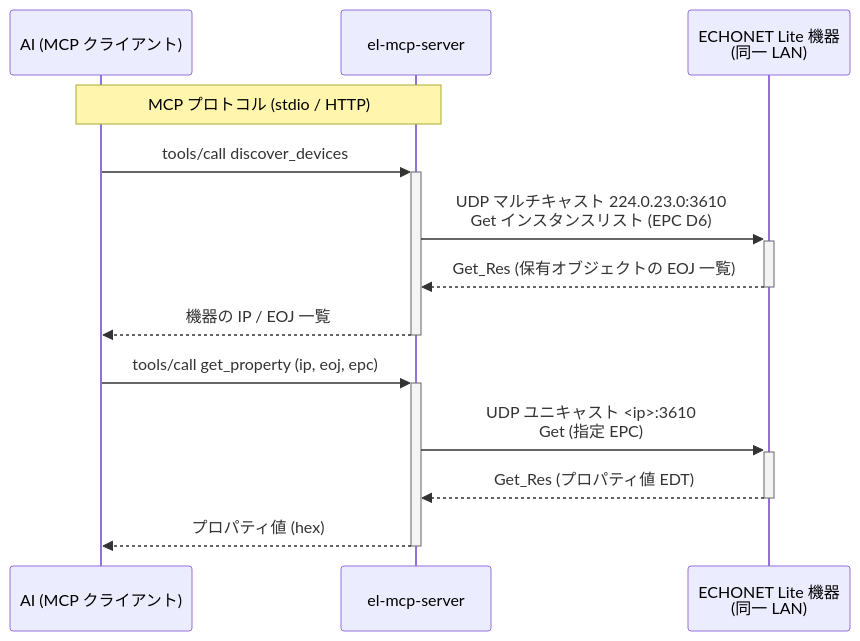
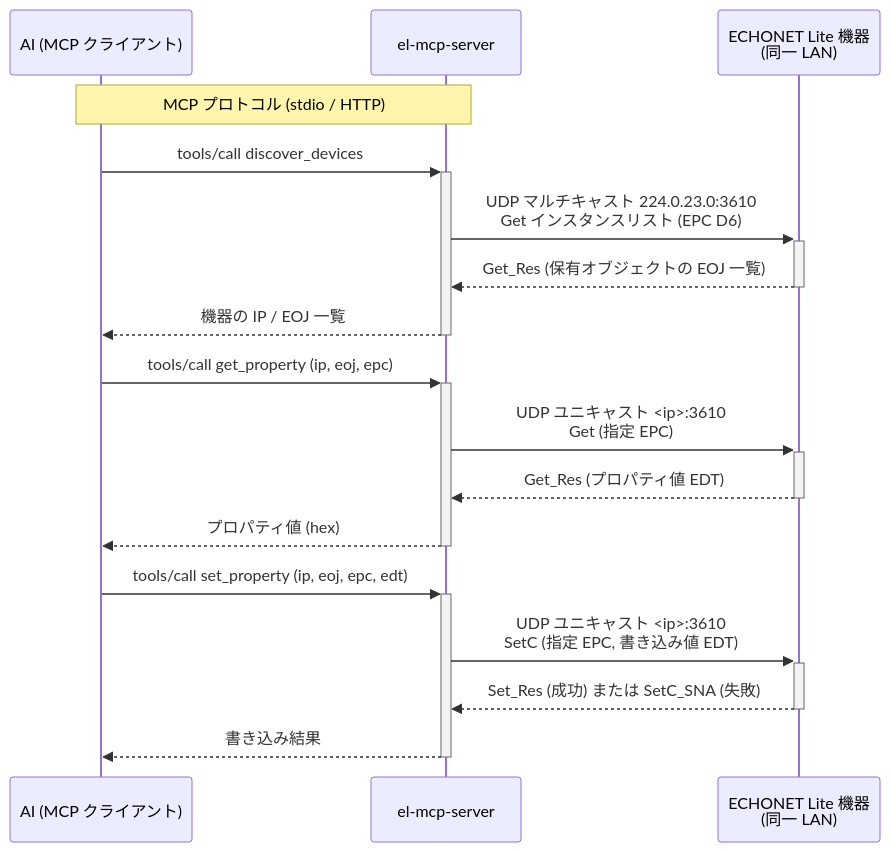
Before and after one commit to thekuwayama/el-mcp-server: the second of 4 diagrams in README.md, drawn with Mermaid. The commit also changed other lines of this file and 4 other files, not shown here.

Commit message:
feat(echonet): add set_property tool for ECHONET Lite SetC writes

````diff
--- a/README.md
+++ b/README.md
@@ -90,18 +91,23 @@
 ```mermaid
 sequenceDiagram
     participant AI as AI (MCP クライアント)
     participant S as el-mcp-server
     participant D as ECHONET Lite 機器<br/>(同一 LAN)
 
     Note over AI,S: MCP プロトコル (stdio / HTTP)
 
     AI->>+S: tools/call discover_devices
     S->>+D: UDP マルチキャスト 224.0.23.0:3610<br/>Get インスタンスリスト (EPC D6)
     D-->>-S: Get_Res (保有オブジェクトの EOJ 一覧)
     S-->>-AI: 機器の IP / EOJ 一覧
 
     AI->>+S: tools/call get_property (ip, eoj, epc)
     S->>+D: UDP ユニキャスト <ip>:3610<br/>Get (指定 EPC)
     D-->>-S: Get_Res (プロパティ値 EDT)
     S-->>-AI: プロパティ値 (hex)
+
+    AI->>+S: tools/call set_property (ip, eoj, epc, edt)
+    S->>+D: UDP ユニキャスト <ip>:3610<br/>SetC (指定 EPC, 書き込み値 EDT)
+    D-->>-S: Set_Res (成功) または SetC_SNA (失敗)
+    S-->>-AI: 書き込み結果
 ```
````
